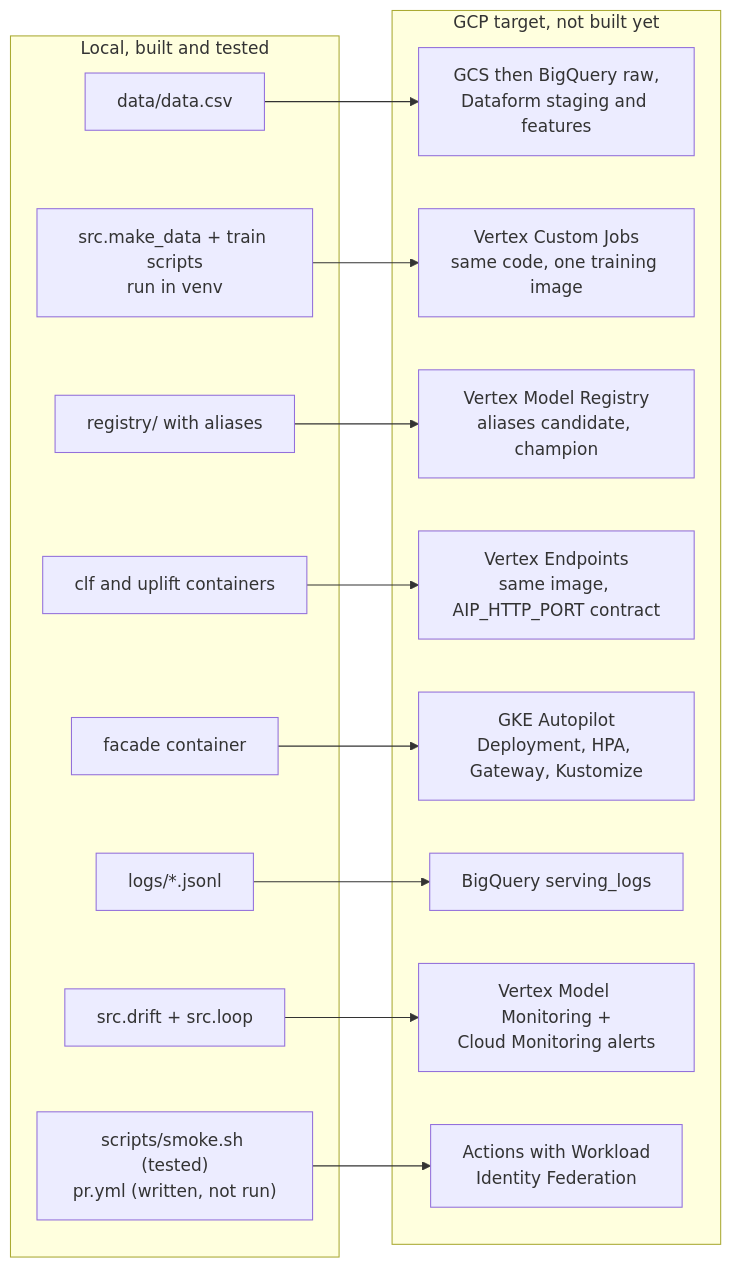
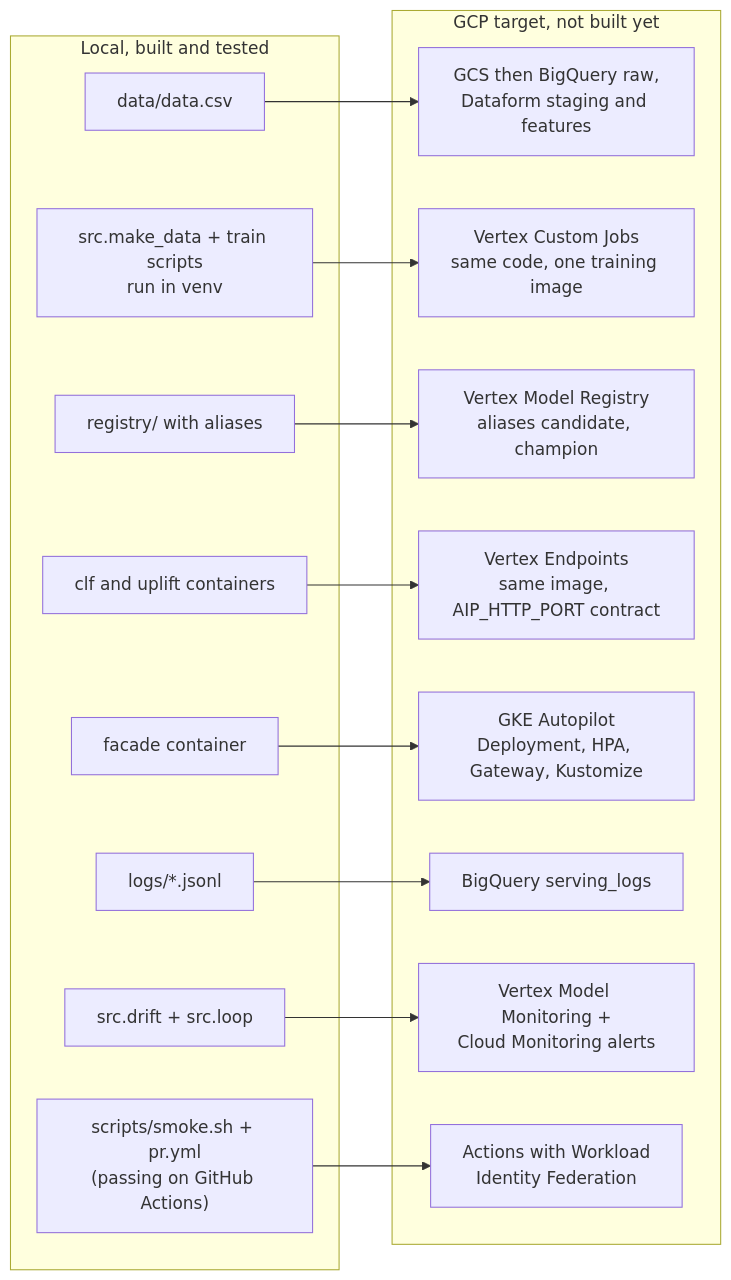
The seventh of 7 diagrams in docs/architecture.md (ParasArya289/mlops-vertexai), drawn with Mermaid before and after one commit. The commit also changed other lines of this file and 2 other files, not shown here.

Commit message:
Docs: CI now passes on GitHub Actions

````diff
--- a/docs/architecture.md
+++ b/docs/architecture.md
@@ -218,33 +218,33 @@
 ```mermaid
 flowchart LR
   subgraph local["Local, built and tested"]
     l1["data/data.csv"]
     l2["src.make_data + train scripts<br/>run in venv"]
     l3["registry/ with aliases"]
     l4["clf and uplift containers"]
     l5["facade container"]
     l6["logs/*.jsonl"]
     l7["src.drift + src.loop"]
-    l8["scripts/smoke.sh (tested)<br/>pr.yml (written, not run)"]
+    l8["scripts/smoke.sh + pr.yml<br/>(passing on GitHub Actions)"]
   end
 
   subgraph cloud["GCP target, not built yet"]
     c1["GCS then BigQuery raw,<br/>Dataform staging and features"]
     c2["Vertex Custom Jobs<br/>same code, one training image"]
     c3["Vertex Model Registry<br/>aliases candidate, champion"]
     c4["Vertex Endpoints<br/>same image, AIP_HTTP_PORT contract"]
     c5["GKE Autopilot<br/>Deployment, HPA, Gateway, Kustomize"]
     c6["BigQuery serving_logs"]
     c7["Vertex Model Monitoring +<br/>Cloud Monitoring alerts"]
     c8["Actions with Workload<br/>Identity Federation"]
   end
 
   l1 --> c1
   l2 --> c2
   l3 --> c3
   l4 --> c4
   l5 --> c5
   l6 --> c6
   l7 --> c7
   l8 --> c8
 ```
````
